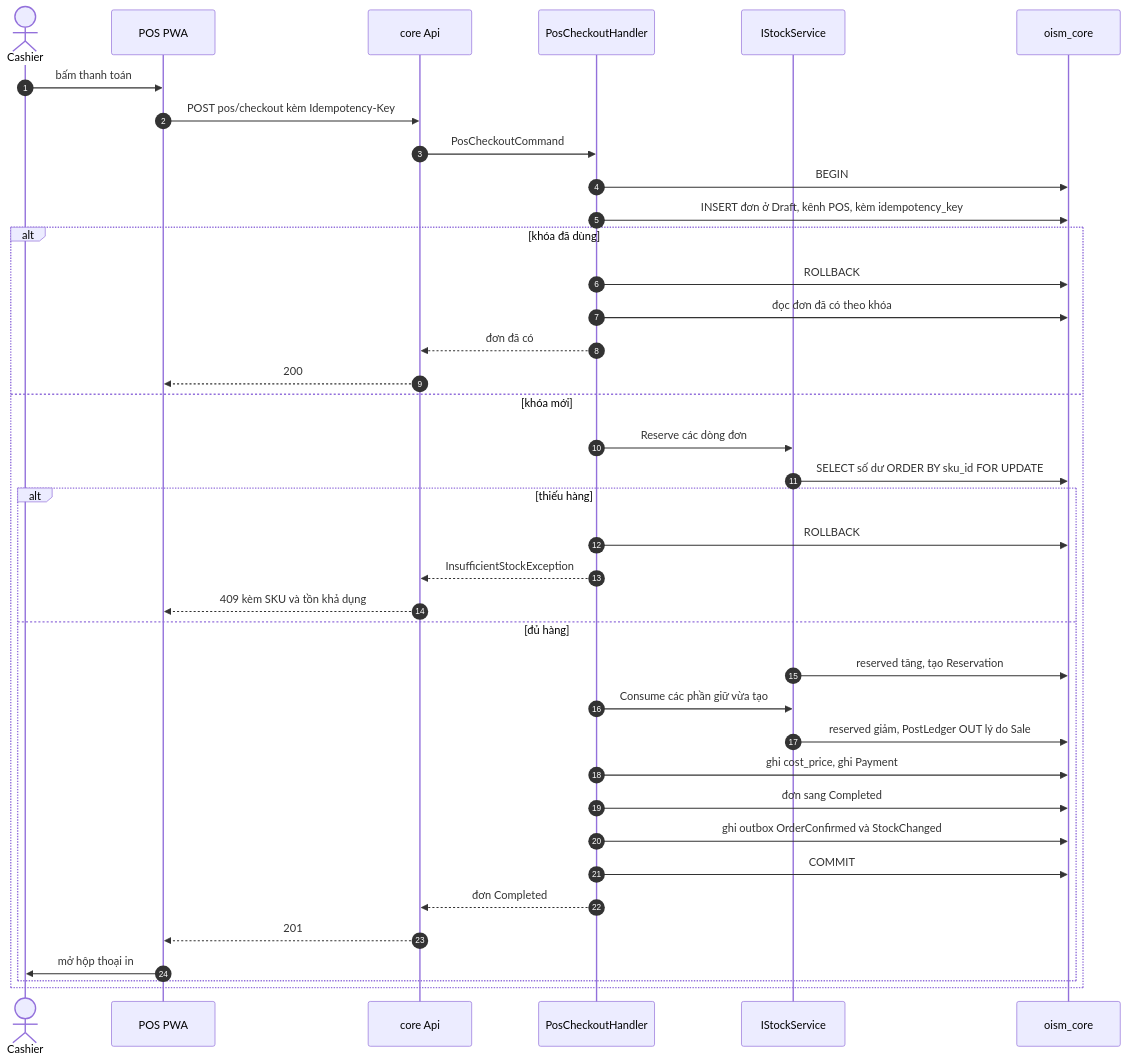
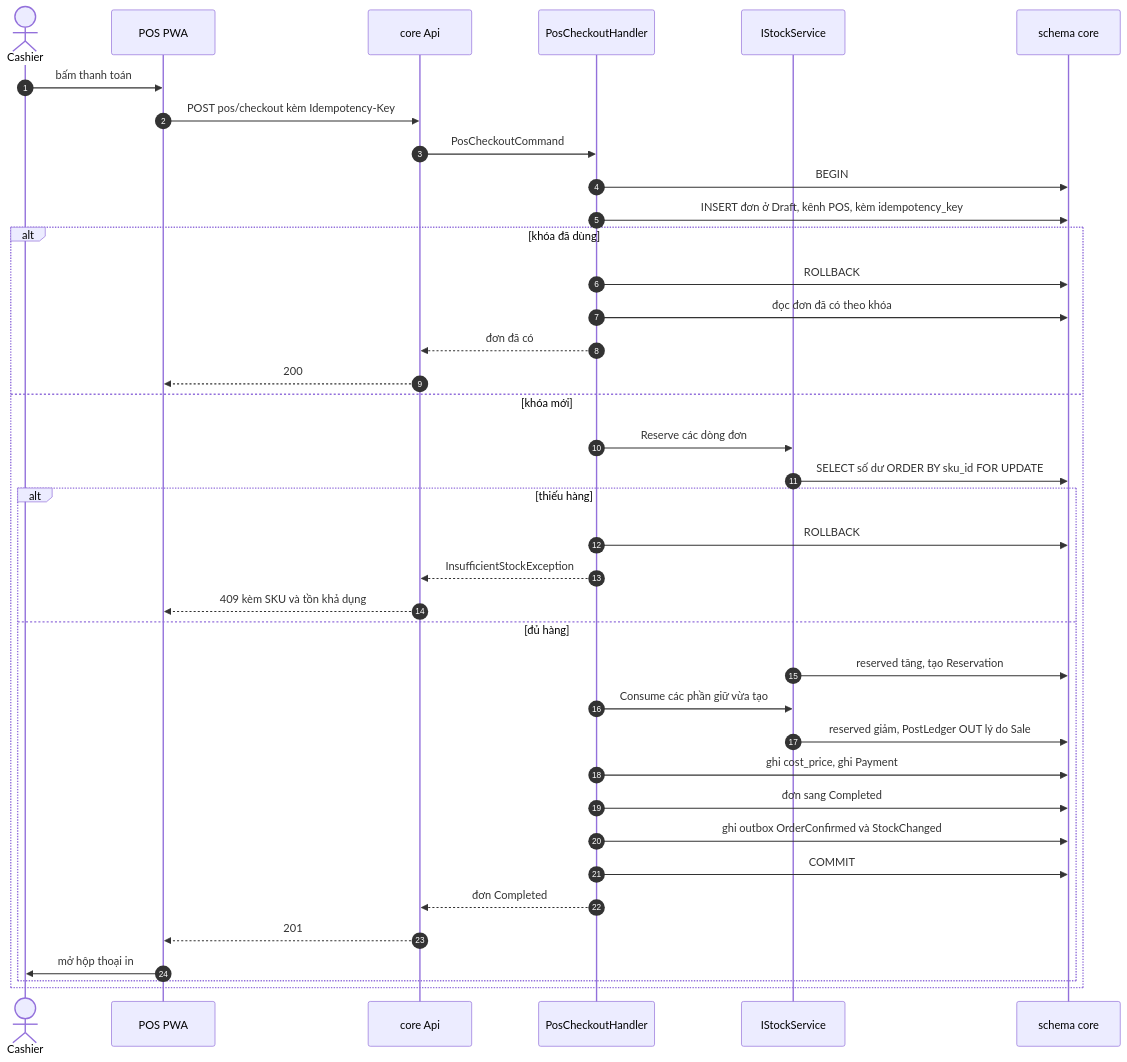
Before and after one commit to kapfm789/XDPMOOP: the diagram in docs/design/flows/pos-checkout.md, drawn with Mermaid. The commit also changed 38 other files, not shown here.

First line of the commit message:
Chuyển sang 1 DB, tách schema theo service

````diff
--- a/docs/design/flows/pos-checkout.md
+++ b/docs/design/flows/pos-checkout.md
@@ -5,41 +5,41 @@
 ```mermaid
 sequenceDiagram
   autonumber
   actor Cashier
   participant Pos as POS PWA
   participant Api as core Api
   participant UC as PosCheckoutHandler
   participant Stock as IStockService
-  participant DB as oism_core
+  participant DB as schema core
 
   Cashier->>Pos: bấm thanh toán
   Pos->>Api: POST pos/checkout kèm Idempotency-Key
   Api->>UC: PosCheckoutCommand
   UC->>DB: BEGIN
   UC->>DB: INSERT đơn ở Draft, kênh POS, kèm idempotency_key
   alt khóa đã dùng
     UC->>DB: ROLLBACK
     UC->>DB: đọc đơn đã có theo khóa
     UC-->>Api: đơn đã có
     Api-->>Pos: 200
   else khóa mới
     UC->>Stock: Reserve các dòng đơn
     Stock->>DB: SELECT số dư ORDER BY sku_id FOR UPDATE
     alt thiếu hàng
       UC->>DB: ROLLBACK
       UC-->>Api: InsufficientStockException
       Api-->>Pos: 409 kèm SKU và tồn khả dụng
     else đủ hàng
       Stock->>DB: reserved tăng, tạo Reservation
       UC->>Stock: Consume các phần giữ vừa tạo
       Stock->>DB: reserved giảm, PostLedger OUT lý do Sale
       UC->>DB: ghi cost_price, ghi Payment
       UC->>DB: đơn sang Completed
       UC->>DB: ghi outbox OrderConfirmed và StockChanged
       UC->>DB: COMMIT
       UC-->>Api: đơn Completed
       Api-->>Pos: 201
       Pos->>Cashier: mở hộp thoại in
     end
   end
 ```
````
